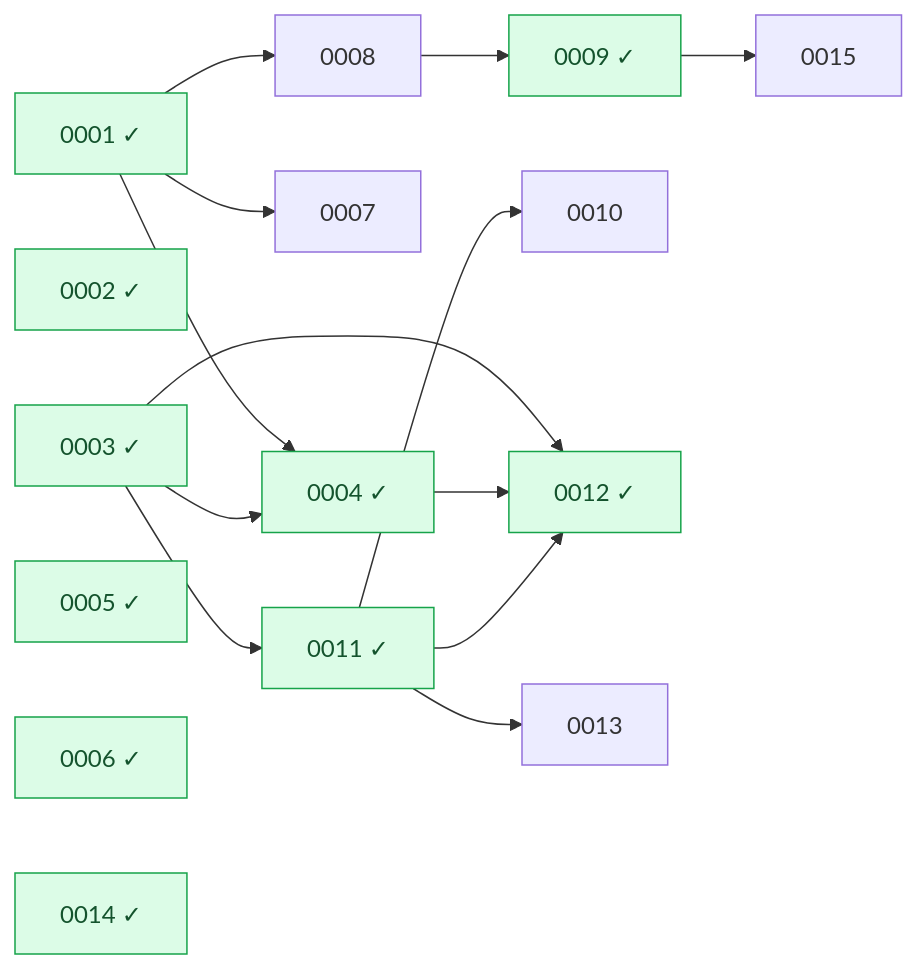
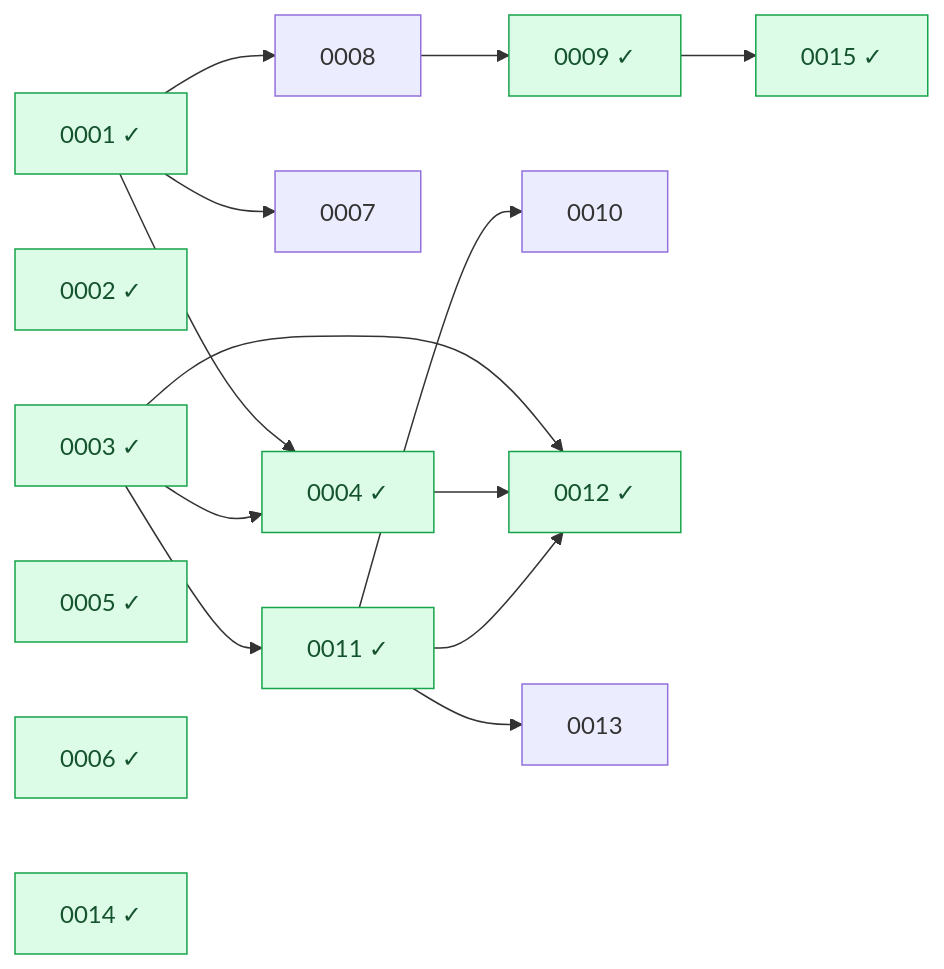
One commit to Heva-Co/piro changed the diagram in docs/rfcs/README.md. Above: the diagram before and after it, drawn with Mermaid. The commit also changed other lines of this file and 1 other file, not shown here.

````diff
--- a/docs/rfcs/README.md
+++ b/docs/rfcs/README.md
@@ -39,41 +39,42 @@
 ```mermaid
 graph LR
   n0001["0001 ✓"]
   n0002["0002 ✓"]
   n0003["0003 ✓"]
   n0004["0004 ✓"]
   n0005["0005 ✓"]
   n0006["0006 ✓"]
   n0007["0007"]
   n0008["0008"]
   n0009["0009 ✓"]
   n0010["0010"]
   n0011["0011 ✓"]
   n0012["0012 ✓"]
   n0013["0013"]
   n0014["0014 ✓"]
-  n0015["0015"]
+  n0015["0015 ✓"]
   n0001 --> n0004
   n0003 --> n0004
   n0001 --> n0007
   n0001 --> n0008
   n0008 --> n0009
   n0011 --> n0010
   n0003 --> n0011
   n0003 --> n0012
   n0004 --> n0012
   n0011 --> n0012
   n0011 --> n0013
   n0009 --> n0015
   classDef done fill:#dcfce7,stroke:#16a34a,color:#14532d;
   class n0001 done;
   class n0002 done;
   class n0003 done;
   class n0004 done;
   class n0005 done;
   class n0006 done;
   class n0009 done;
   class n0011 done;
   class n0012 done;
   class n0014 done;
+  class n0015 done;
 ```
````
